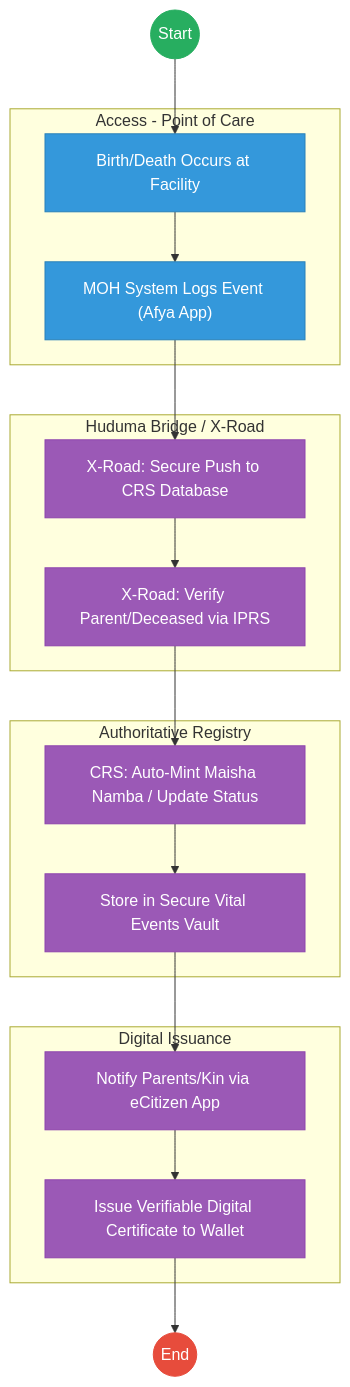
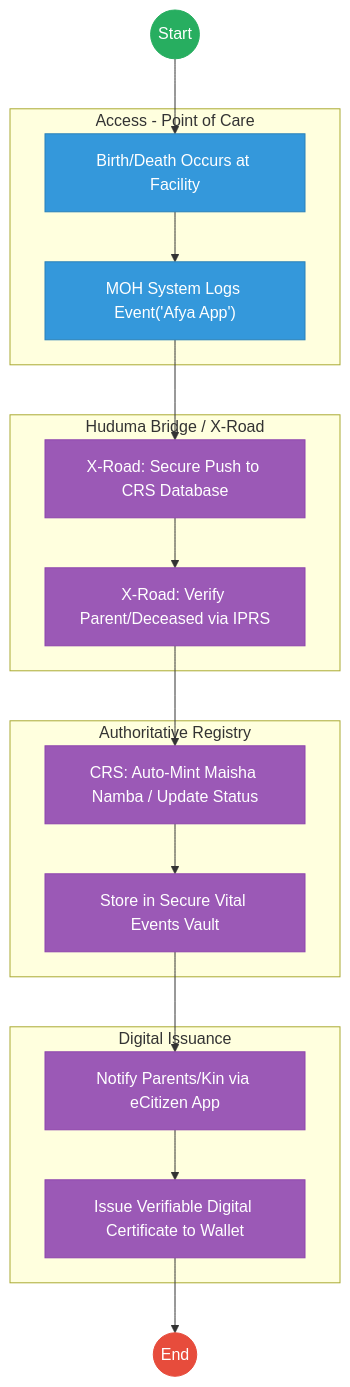
The second of 2 diagrams in mdas/docs_final/priority_mdas/_CIVIL_REGISTRATION_SERVICES_CRS____Service_Delivery.md (BITZ-IT-Consulting-LTD/ictapoc), drawn with Mermaid before and after one commit. The commit also changed other lines of this file and 33 other files, not shown here.

````diff
--- a/mdas/docs_final/priority_mdas/_CIVIL_REGISTRATION_SERVICES_CRS____Service_Delivery.md
+++ b/mdas/docs_final/priority_mdas/_CIVIL_REGISTRATION_SERVICES_CRS____Service_Delivery.md
@@ -114,34 +114,34 @@
 ```mermaid
 graph TD
     Start((Start)) --> Event["Birth/Death Occurs at Facility"]
     
-    subgraph Layer1 [Access - Point of Care]
-        Event --> MOH["MOH System Logs Event (Afya App)"]
+    subgraph Layer1["Access - Point of Care"]
+        Event --> MOH["MOH System Logs Event('Afya App')"]
     end
     
-    subgraph Layer3 [Huduma Bridge / X-Road]
+    subgraph Layer3["Huduma Bridge / X-Road"]
         MOH --> XRoad["X-Road: Secure Push to CRS Database"]
         XRoad --> IPRS["X-Road: Verify Parent/Deceased via IPRS"]
     end
     
-    subgraph Layer4 [Authoritative Registry]
+    subgraph Layer4["Authoritative Registry"]
         IPRS --> Mint["CRS: Auto-Mint Maisha Namba / Update Status"]
         Mint --> Vault["Store in Secure Vital Events Vault"]
     end
     
-    subgraph Output [Digital Issuance]
+    subgraph Output["Digital Issuance"]
         Vault --> Notify["Notify Parents/Kin via eCitizen App"]
         Notify --> Wallet["Issue Verifiable Digital Certificate to Wallet"]
     end
     
     Wallet --> End((End))
 
     classDef start fill:#27ae60,stroke:#27ae60,color:#fff;
     classDef endNode fill:#e74c3c,stroke:#e74c3c,color:#fff;
     classDef userTask fill:#3498db,stroke:#2980b9,color:#fff;
     classDef serviceTask fill:#9b59b6,stroke:#8e44ad,color:#fff;
     class Start start;
     class End endNode;
     class Event,MOH userTask;
     class XRoad,IPRS,Mint,Vault,Notify,Wallet serviceTask;
 ```
````
